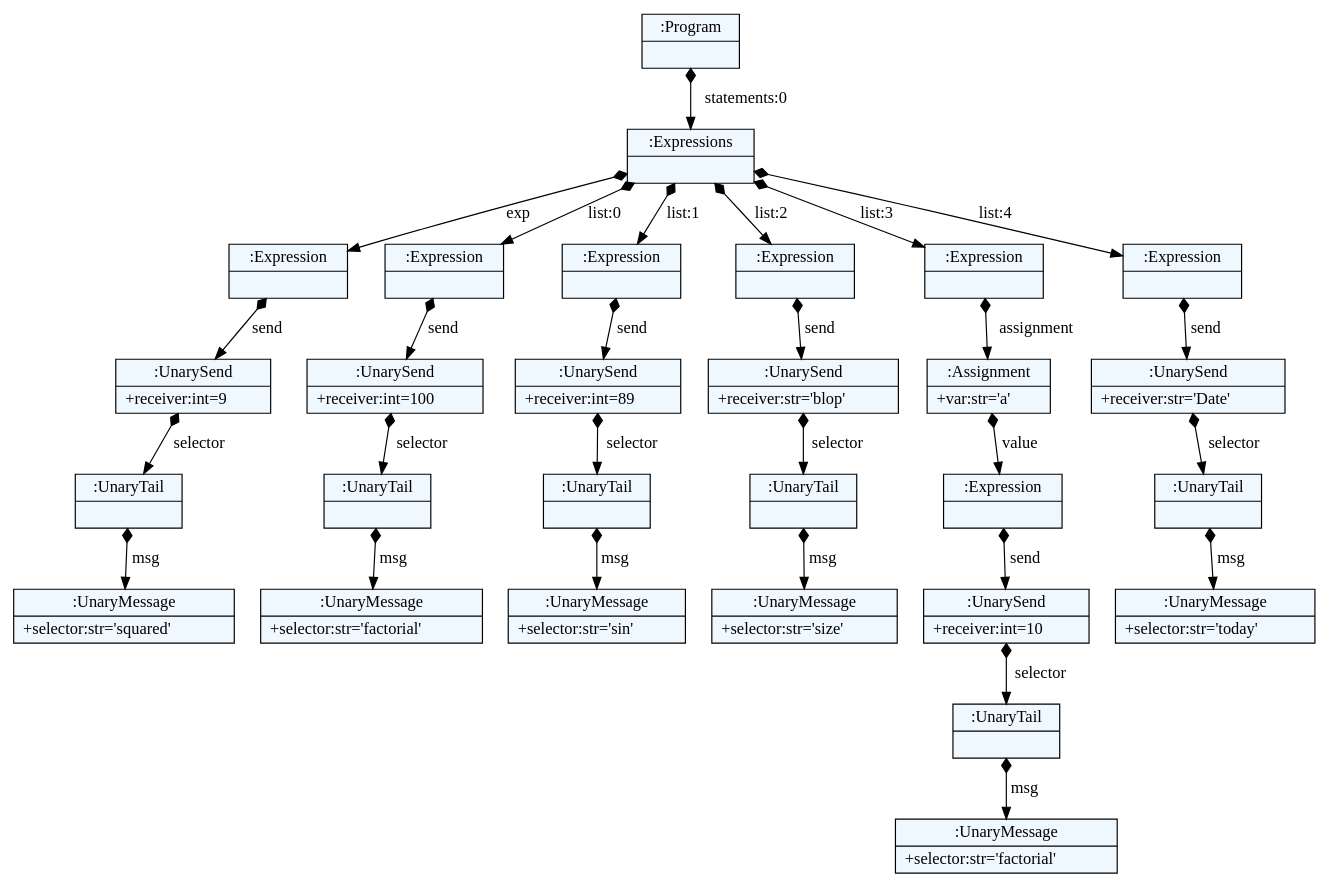
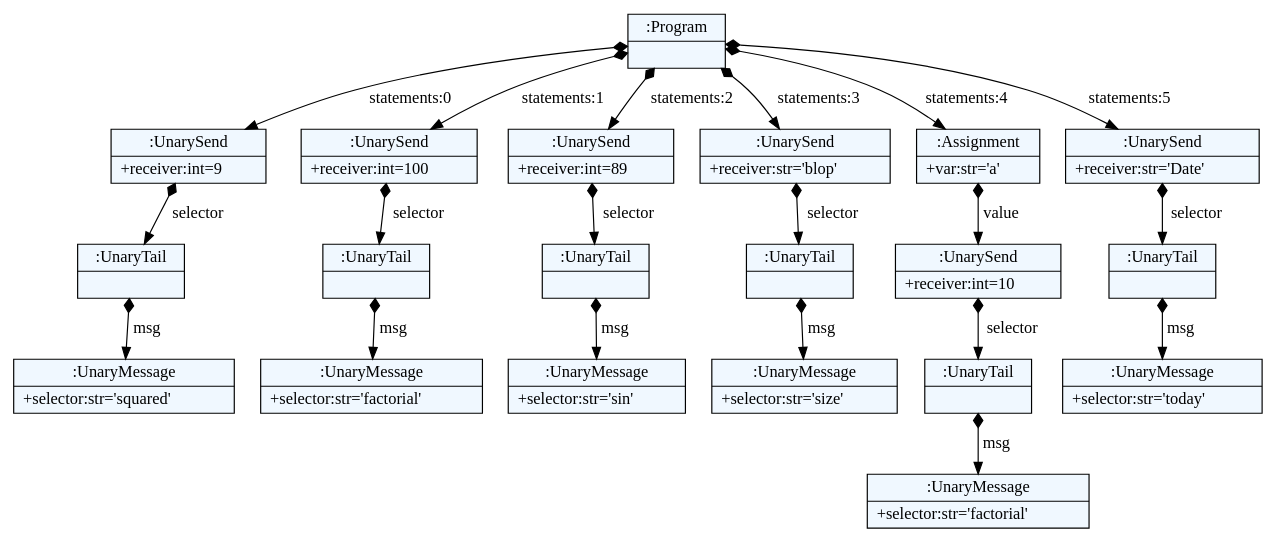
Before and after one commit to spcnz/smalltalk-parser: the diagram in parser/dot/unary_msg.dot, drawn with Graphviz. The commit also changed 6093 other files, not shown here.

```diff
--- a/parser/dot/unary_msg.dot
+++ b/parser/dot/unary_msg.dot
@@ -1,70 +1,54 @@
 
     digraph textX {
     fontname = "Bitstream Vera Sans"
     fontsize = 8
     node[
         shape=record,
         style=filled,
         fillcolor=aliceblue
     ]
     nodesep = 0.3
     edge[dir=black,arrowtail=empty]
 
 
-2686771323960 -> 2686771323736 [label="statements:0" arrowtail=diamond dir=both]
-2686771323736 -> 2686771324072 [label="exp" arrowtail=diamond dir=both]
-2686771324072 -> 2686771324968 [label="send" arrowtail=diamond dir=both]
-2686771324968 -> 2686772903272 [label="selector" arrowtail=diamond dir=both]
-2686772903272 -> 2686772903776 [label="msg" arrowtail=diamond dir=both]
-2686772903776[label="{:UnaryMessage|+selector:str='squared'\l}"]
-2686772903272[label="{:UnaryTail|}"]
-2686771324968[label="{:UnarySend|+receiver:int=9\l}"]
-2686771324072[label="{:Expression|}"]
-2686771323736 -> 2686771325024 [label="list:0" arrowtail=diamond dir=both]
-2686771325024 -> 2686771326480 [label="send" arrowtail=diamond dir=both]
-2686771326480 -> 2686772903888 [label="selector" arrowtail=diamond dir=both]
-2686772903888 -> 2686774177920 [label="msg" arrowtail=diamond dir=both]
-2686774177920[label="{:UnaryMessage|+selector:str='factorial'\l}"]
-2686772903888[label="{:UnaryTail|}"]
-2686771326480[label="{:UnarySend|+receiver:int=100\l}"]
-2686771325024[label="{:Expression|}"]
-2686771323736 -> 2686771325696 [label="list:1" arrowtail=diamond dir=both]
-2686771325696 -> 2686772903440 [label="send" arrowtail=diamond dir=both]
-2686772903440 -> 2686774178088 [label="selector" arrowtail=diamond dir=both]
-2686774178088 -> 2686774178144 [label="msg" arrowtail=diamond dir=both]
-2686774178144[label="{:UnaryMessage|+selector:str='sin'\l}"]
-2686774178088[label="{:UnaryTail|}"]
-2686772903440[label="{:UnarySend|+receiver:int=89\l}"]
-2686771325696[label="{:Expression|}"]
-2686771323736 -> 2686771323400 [label="list:2" arrowtail=diamond dir=both]
-2686771323400 -> 2686774177976 [label="send" arrowtail=diamond dir=both]
-2686774177976 -> 2686774178312 [label="selector" arrowtail=diamond dir=both]
-2686774178312 -> 2686774178480 [label="msg" arrowtail=diamond dir=both]
-2686774178480[label="{:UnaryMessage|+selector:str='size'\l}"]
-2686774178312[label="{:UnaryTail|}"]
-2686774177976[label="{:UnarySend|+receiver:str='blop'\l}"]
-2686771323400[label="{:Expression|}"]
-2686771323736 -> 2686772900752 [label="list:3" arrowtail=diamond dir=both]
-2686772900752 -> 2686774178200 [label="assignment" arrowtail=diamond dir=both]
-2686774178200 -> 2686774178592 [label="value" arrowtail=diamond dir=both]
-2686774178592 -> 2686774178648 [label="send" arrowtail=diamond dir=both]
-2686774178648 -> 2686774178928 [label="selector" arrowtail=diamond dir=both]
-2686774178928 -> 2686774179040 [label="msg" arrowtail=diamond dir=both]
-2686774179040[label="{:UnaryMessage|+selector:str='factorial'\l}"]
-2686774178928[label="{:UnaryTail|}"]
-2686774178648[label="{:UnarySend|+receiver:int=10\l}"]
-2686774178592[label="{:Expression|}"]
-2686774178200[label="{:Assignment|+var:str='a'\l}"]
-2686772900752[label="{:Expression|}"]
-2686771323736 -> 2686774177864 [label="list:4" arrowtail=diamond dir=both]
-2686774177864 -> 2686774178368 [label="send" arrowtail=diamond dir=both]
-2686774178368 -> 2686774178816 [label="selector" arrowtail=diamond dir=both]
-2686774178816 -> 2686774178984 [label="msg" arrowtail=diamond dir=both]
-2686774178984[label="{:UnaryMessage|+selector:str='today'\l}"]
-2686774178816[label="{:UnaryTail|}"]
-2686774178368[label="{:UnarySend|+receiver:str='Date'\l}"]
-2686774177864[label="{:Expression|}"]
-2686771323736[label="{:Expressions|}"]
-2686771323960[label="{:Program|}"]
+2614535591304 -> 2614559055656 [label="statements:0" arrowtail=diamond dir=both]
+2614559055656 -> 2614559055488 [label="selector" arrowtail=diamond dir=both]
+2614559055488 -> 2614559055544 [label="msg" arrowtail=diamond dir=both]
+2614559055544[label="{:UnaryMessage|+selector:str='squared'\l}"]
+2614559055488[label="{:UnaryTail|}"]
+2614559055656[label="{:UnarySend|+receiver:int=9\l}"]
+2614535591304 -> 2614559054592 [label="statements:1" arrowtail=diamond dir=both]
+2614559054592 -> 2614559055320 [label="selector" arrowtail=diamond dir=both]
+2614559055320 -> 2614559052856 [label="msg" arrowtail=diamond dir=both]
+2614559052856[label="{:UnaryMessage|+selector:str='factorial'\l}"]
+2614559055320[label="{:UnaryTail|}"]
+2614559054592[label="{:UnarySend|+receiver:int=100\l}"]
+2614535591304 -> 2614559053976 [label="statements:2" arrowtail=diamond dir=both]
+2614559053976 -> 2614559055096 [label="selector" arrowtail=diamond dir=both]
+2614559055096 -> 2614559053248 [label="msg" arrowtail=diamond dir=both]
+2614559053248[label="{:UnaryMessage|+selector:str='sin'\l}"]
+2614559055096[label="{:UnaryTail|}"]
+2614559053976[label="{:UnarySend|+receiver:int=89\l}"]
+2614535591304 -> 2614559054256 [label="statements:3" arrowtail=diamond dir=both]
+2614559054256 -> 2614559052968 [label="selector" arrowtail=diamond dir=both]
+2614559052968 -> 2614559053416 [label="msg" arrowtail=diamond dir=both]
+2614559053416[label="{:UnaryMessage|+selector:str='size'\l}"]
+2614559052968[label="{:UnaryTail|}"]
+2614559054256[label="{:UnarySend|+receiver:str='blop'\l}"]
+2614535591304 -> 2614559054928 [label="statements:4" arrowtail=diamond dir=both]
+2614559054928 -> 2614559053752 [label="value" arrowtail=diamond dir=both]
+2614559053752 -> 2614559055824 [label="selector" arrowtail=diamond dir=both]
+2614559055824 -> 2614559052912 [label="msg" arrowtail=diamond dir=both]
+2614559052912[label="{:UnaryMessage|+selector:str='factorial'\l}"]
+2614559055824[label="{:UnaryTail|}"]
+2614559053752[label="{:UnarySend|+receiver:int=10\l}"]
+2614559054928[label="{:Assignment|+var:str='a'\l}"]
+2614535591304 -> 2614559055712 [label="statements:5" arrowtail=diamond dir=both]
+2614559055712 -> 2614559053080 [label="selector" arrowtail=diamond dir=both]
+2614559053080 -> 2614559052688 [label="msg" arrowtail=diamond dir=both]
+2614559052688[label="{:UnaryMessage|+selector:str='today'\l}"]
+2614559053080[label="{:UnaryTail|}"]
+2614559055712[label="{:UnarySend|+receiver:str='Date'\l}"]
+2614535591304[label="{:Program|}"]
 
 }
```
